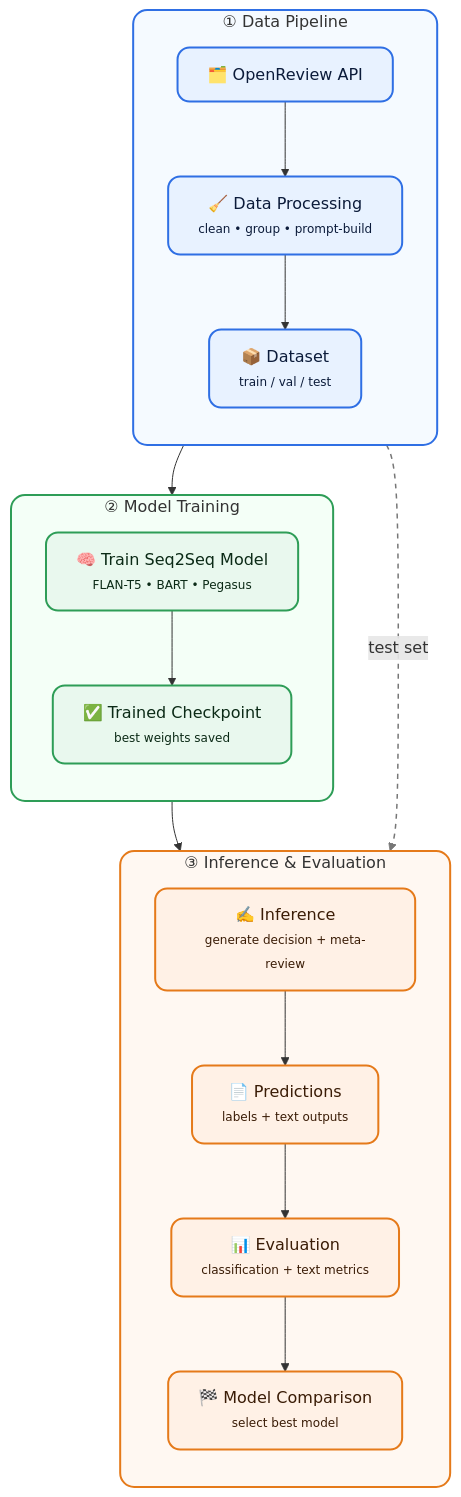
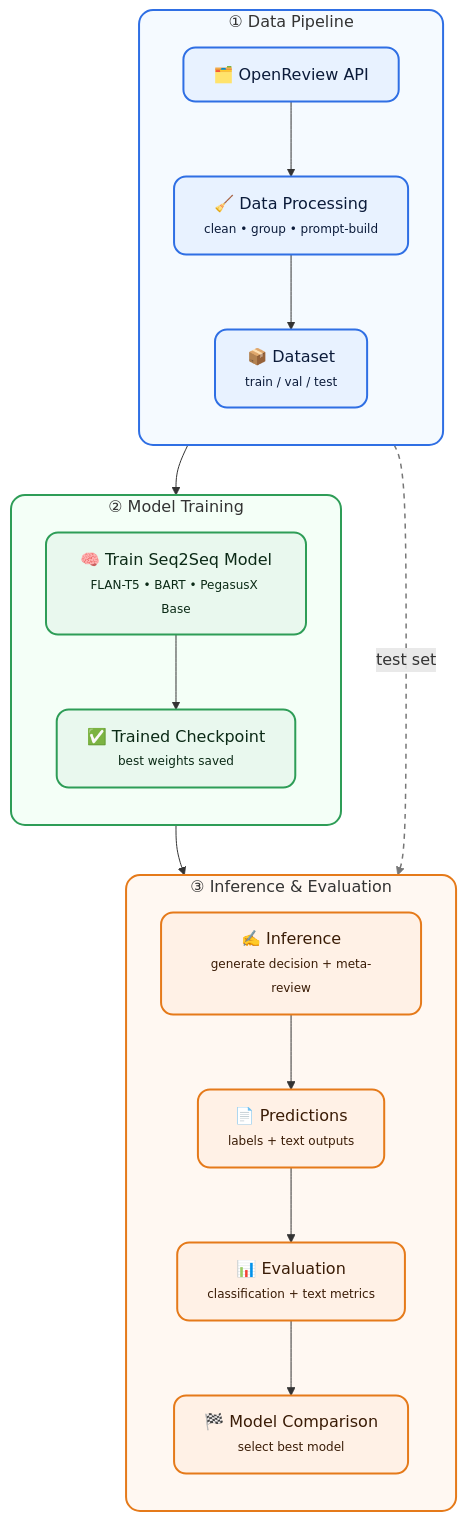
One commit to hannahmypham/PeerMind_AI-powered-meta-review changed the diagram in README.md. Above: the diagram before and after it, drawn with Mermaid.

Commit message:
Update model training description in README

````diff
--- a/README.md
+++ b/README.md
@@ -36,53 +36,53 @@
 ```mermaid
 flowchart TB
 
 %% =========================
 %% LAYOUT + CONTENT
 %% =========================
 
 subgraph DATA["① Data Pipeline"]
 direction TB
 A[🗂️ OpenReview API]
 B[🧹 Data Processing<br/><span style="font-size:12px">clean • group • prompt-build</span>]
 C[📦 Dataset<br/><span style="font-size:12px">train / val / test</span>]
 A --> B --> C
 end
 
 subgraph TRAIN["② Model Training"]
 direction TB
-D[🧠 Train Seq2Seq Model<br/><span style="font-size:12px">FLAN-T5 • BART • Pegasus</span>]
+D[🧠 Train Seq2Seq Model<br/><span style="font-size:12px">FLAN-T5 • BART • PegasusX Base</span>]
 E[✅ Trained Checkpoint<br/><span style="font-size:12px">best weights saved</span>]
 C --> D --> E
 end
 
 subgraph EVAL["③ Inference & Evaluation"]
 direction TB
 F[✍️ Inference<br/><span style="font-size:12px">generate decision + meta-review</span>]
 G[📄 Predictions<br/><span style="font-size:12px">labels + text outputs</span>]
 H[📊 Evaluation<br/><span style="font-size:12px">classification + text metrics</span>]
 I[🏁 Model Comparison<br/><span style="font-size:12px">select best model</span>]
 E --> F --> G --> H --> I
 C -. test set .-> F
 end
 
 %% =========================
 %% STYLES (publication-like)
 %% =========================
 
 classDef node fill:#ffffff,stroke:#2b2b2b,stroke-width:1.6px,rx:10,ry:10,color:#111;
 classDef data fill:#E8F2FF,stroke:#2F6FE4,stroke-width:2px,rx:12,ry:12,color:#0b1b3a;
 classDef train fill:#E9F8EE,stroke:#2E9D57,stroke-width:2px,rx:12,ry:12,color:#0b2a16;
 classDef eval fill:#FFF1E6,stroke:#E57A1A,stroke-width:2px,rx:12,ry:12,color:#3a1c06;
 
 class A,B,C data;
 class D,E train;
 class F,G,H,I eval;
 
 %% Make subgraph containers lightly tinted
 style DATA fill:#F5FAFF,stroke:#2F6FE4,stroke-width:2px,rx:14,ry:14
 style TRAIN fill:#F4FFF7,stroke:#2E9D57,stroke-width:2px,rx:14,ry:14
 style EVAL fill:#FFF8F2,stroke:#E57A1A,stroke-width:2px,rx:14,ry:14
 
 %% Optional: make the dotted link (test set) look cleaner
 linkStyle 8 stroke:#777,stroke-width:1.5px,stroke-dasharray:5 5
 ```
````
